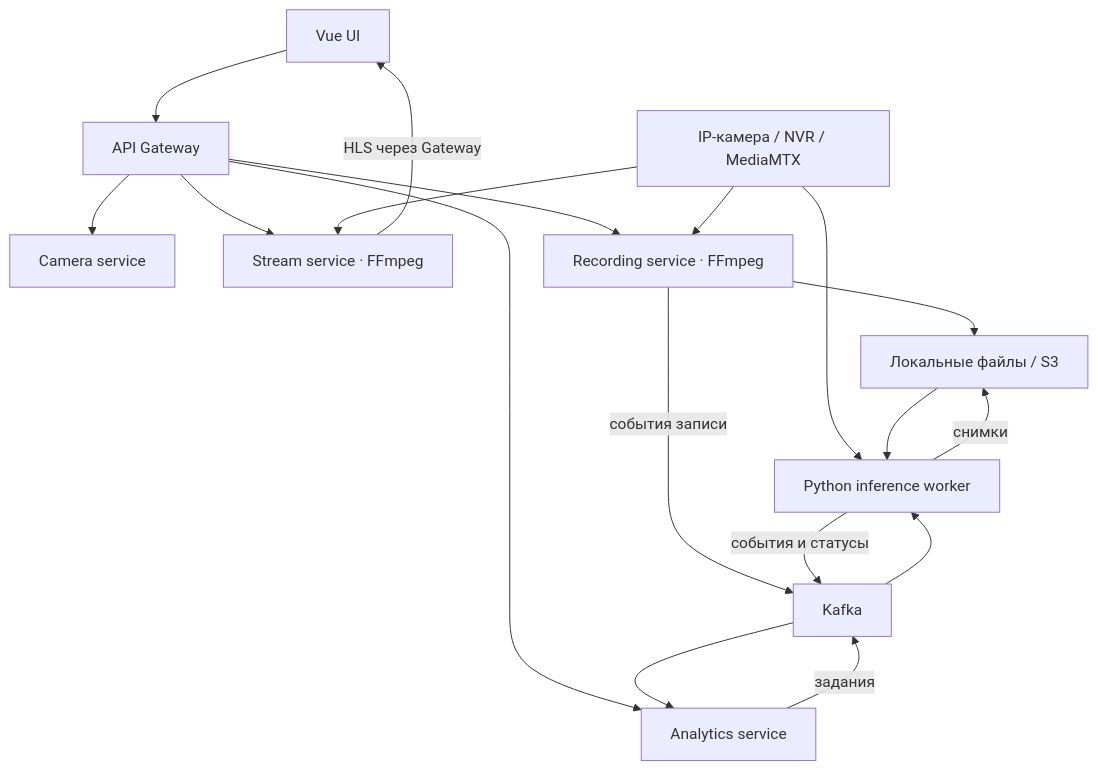
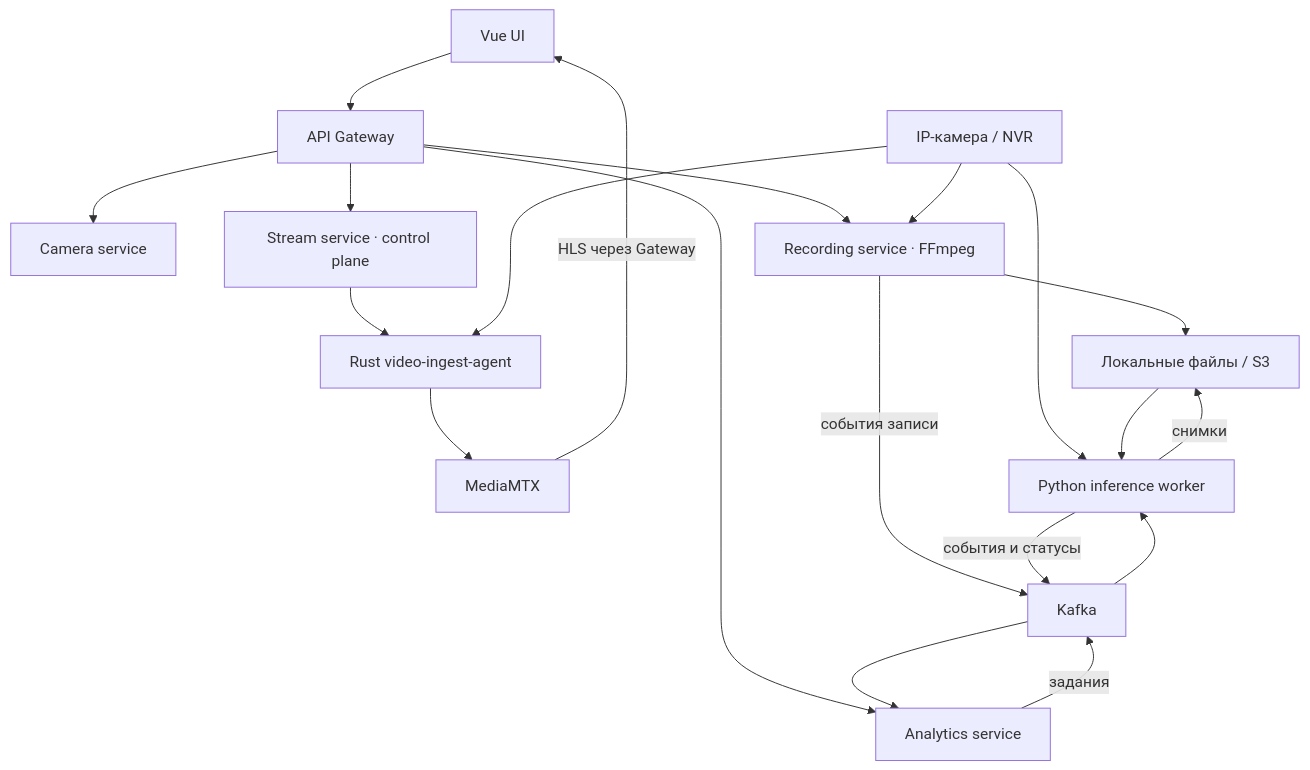
Before and after one commit to coltrack-dev/smart-surveillance-platform: the diagram in README.md, drawn with Mermaid. The commit also changed other lines of this file and 19 other files, not shown here.

Commit message:
video-ingest-agent

````diff
--- a/README.md
+++ b/README.md
@@ -23,20 +23,22 @@
 ```mermaid
 flowchart TD
     UI["Vue UI"] --> GW["API Gateway"]
     GW --> CAM["Camera service"]
-    GW --> STREAM["Stream service · FFmpeg"]
+    GW --> STREAM["Stream service · control plane"]
     GW --> REC["Recording service · FFmpeg"]
     GW --> ANA["Analytics service"]
-    SOURCE["IP-камера / NVR / MediaMTX"] --> STREAM
+    STREAM --> AGENT["Rust video-ingest-agent"]
+    SOURCE["IP-камера / NVR"] --> AGENT
+    AGENT --> MTX["MediaMTX"]
     SOURCE --> REC
     SOURCE --> WORKER["Python inference worker"]
-    STREAM -->|HLS через Gateway| UI
+    MTX -->|HLS через Gateway| UI
     REC --> STORE["Локальные файлы / S3"]
     STORE --> WORKER
     ANA -->|задания| KAFKA["Kafka"]
     REC -->|события записи| KAFKA
     KAFKA --> WORKER
     WORKER -->|события и статусы| KAFKA
     KAFKA --> ANA
     WORKER -->|снимки| STORE
 ```
````
